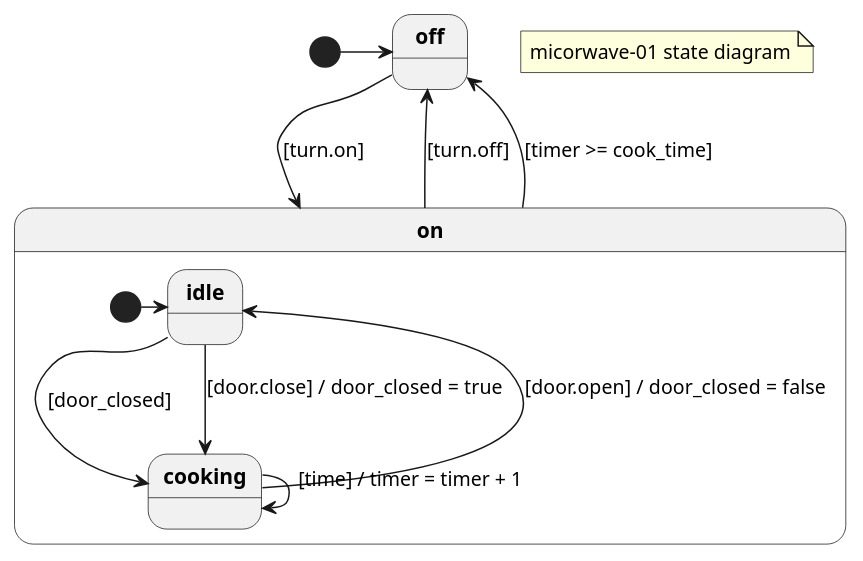
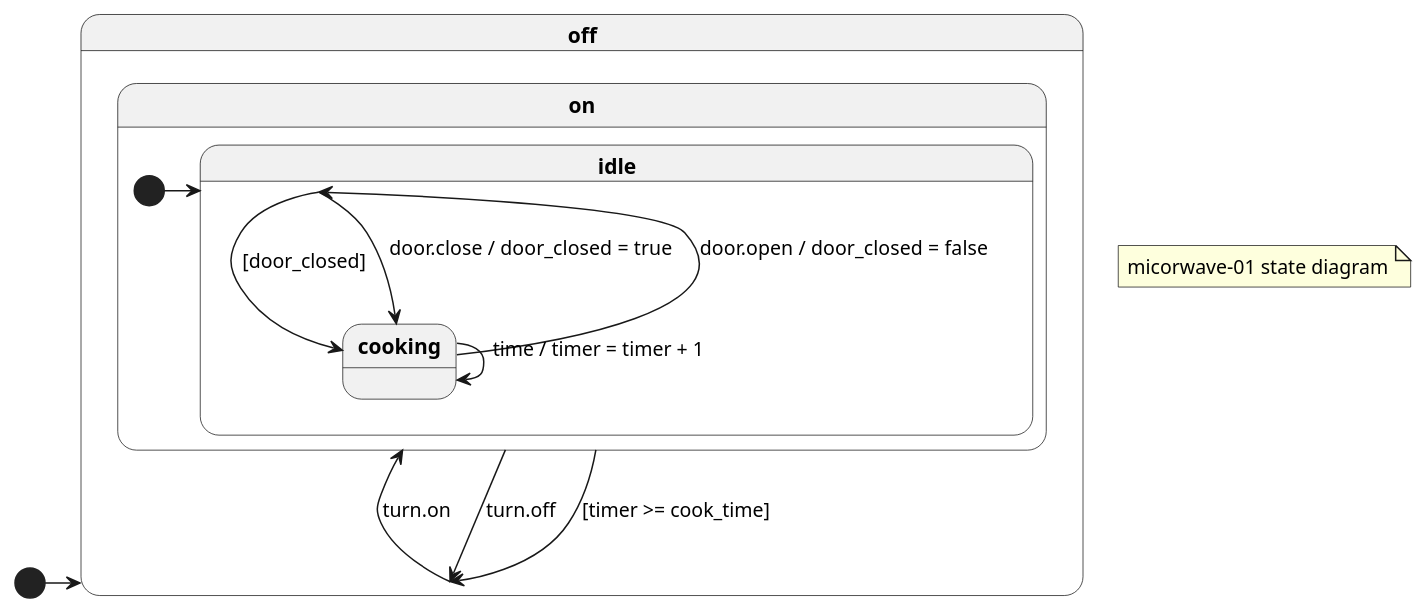
Before and after one commit to mryndzionek/scxml2plantuml: the diagram in gen/microwave-01.pu, drawn with PlantUML. The commit also changed 13 other files, not shown here.

```diff
--- a/gen/microwave-01.pu
+++ b/gen/microwave-01.pu
@@ -1,28 +1,37 @@
 @startuml
 
 skinparam state {
   FontStyle bold
 }
 
 note "micorwave-01 state diagram" as TITLENOTE
 
 [*] -> off
-    off --> on : [turn.on] 
+state off {
+    off --> on : turn.on 
+
+}
 
 state on {
     [*] -> idle
-    on --> off : [turn.off] 
+    on --> off : turn.off 
 
     on --> off : [timer >= cook_time] 
 
+state idle {
     idle --> cooking : [door_closed] 
 
-    idle --> cooking : [door.close] / door_closed = true \n 
+    idle --> cooking : door.close / door_closed = true \n 
 
-    cooking --> idle : [door.open] / door_closed = false \n 
+}
 
-    cooking --> cooking : [time] / timer = timer + 1 \n 
+state cooking {
+    cooking --> idle : door.open / door_closed = false \n 
+
+    cooking --> cooking : time / timer = timer + 1 \n 
+
+}
 
 }
 
 @enduml
```
